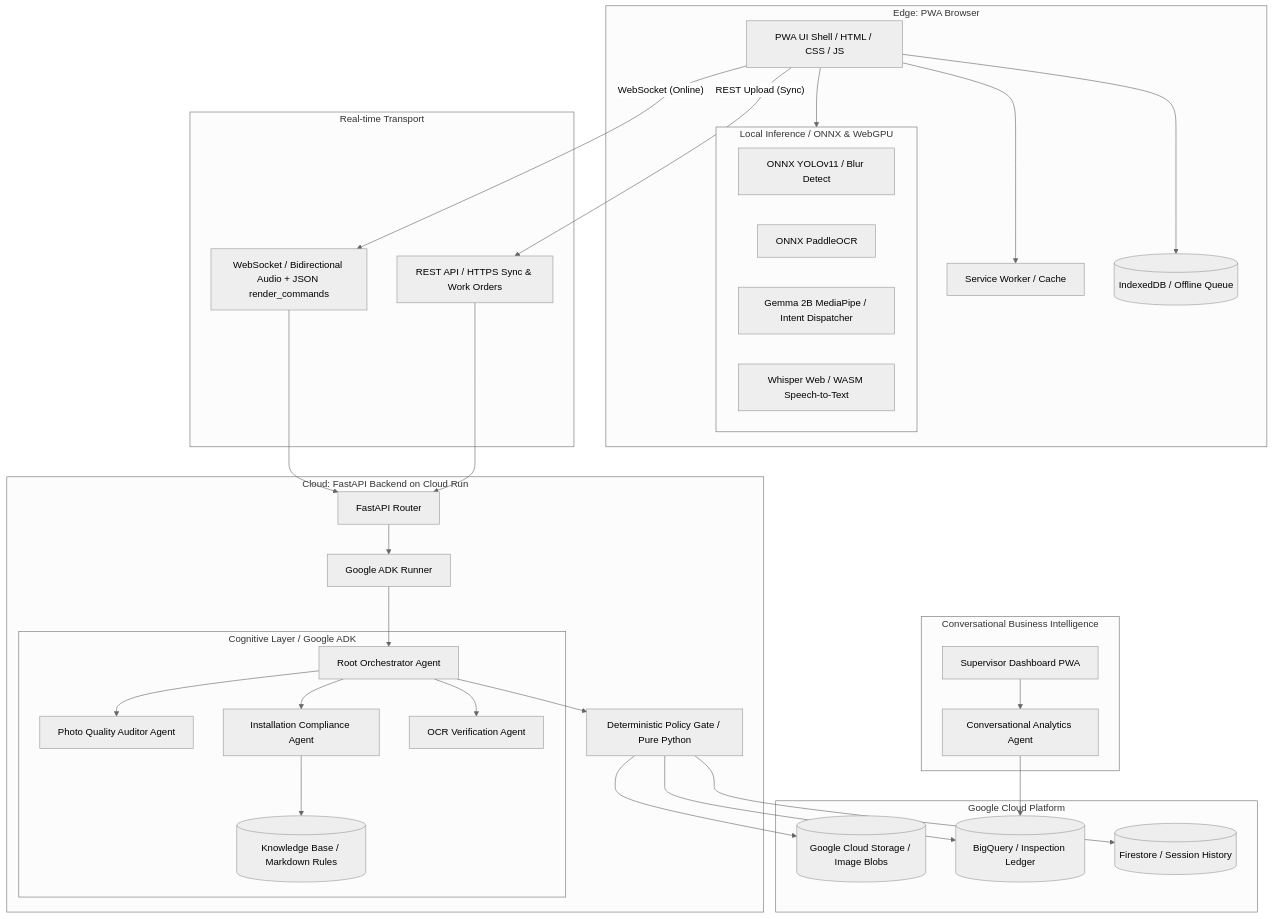
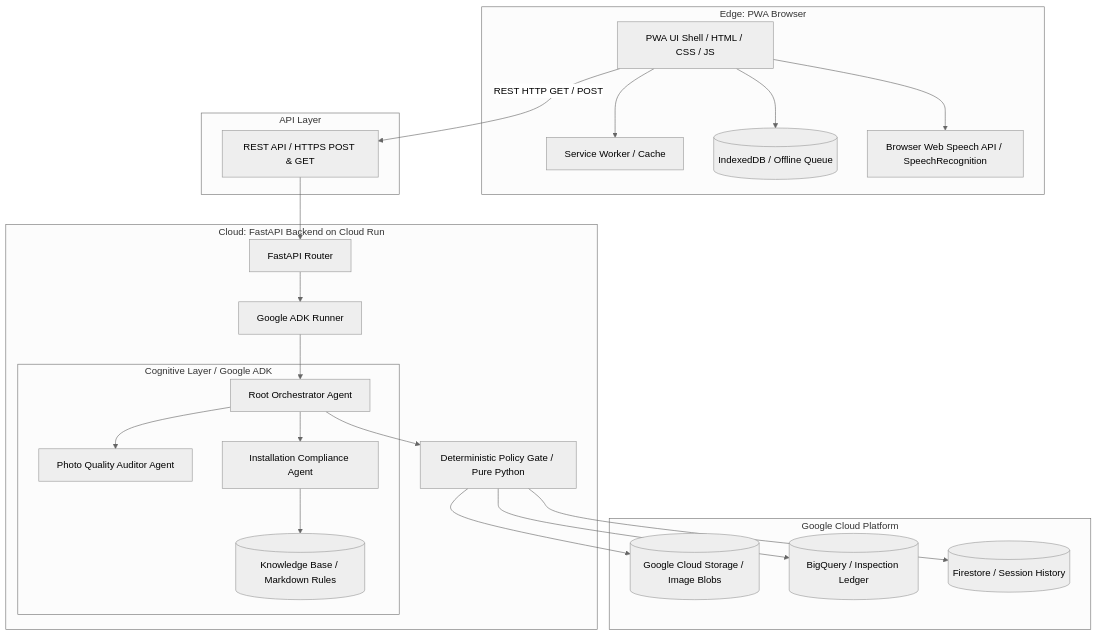
One commit to adurancastillo96/FieldOps changed the diagram in spec/ARCHITECTURE.md. Above: the diagram before and after it, drawn with Mermaid (neutral theme). The commit also changed other lines of this file and 17 other files, not shown here.

````diff
--- a/spec/ARCHITECTURE.md
+++ b/spec/ARCHITECTURE.md
@@ -8,76 +8,55 @@
 ```mermaid
 graph TD
     subgraph Client [Edge: PWA Browser]
         UI[PWA UI Shell / HTML / CSS / JS]
         SW[Service Worker / Cache]
         DB[(IndexedDB / Offline Queue)]
-        
-        subgraph LocalAI [Local Inference / ONNX & WebGPU]
-            YOLO[ONNX YOLOv11 / Blur Detect]
-            OCR[ONNX PaddleOCR]
-            GW[Gemma 2B MediaPipe / Intent Dispatcher]
-            WW[Whisper Web / WASM Speech-to-Text]
-        end
+        Dict[Browser Web Speech API / SpeechRecognition]
     end
 
-    subgraph Transport [Real-time Transport]
-        WS[WebSocket / Bidirectional Audio + JSON render_commands]
-        REST[REST API / HTTPS Sync & Work Orders]
+    subgraph Transport [API Layer]
+        REST[REST API / HTTPS POST & GET]
     end
 
     subgraph Backend [Cloud: FastAPI Backend on Cloud Run]
         FA[FastAPI Router]
         ADK[Google ADK Runner]
         
         subgraph Cognitive [Cognitive Layer / Google ADK]
             Orch[Root Orchestrator Agent]
             QualAgent[Photo Quality Auditor Agent]
             CompAgent[Installation Compliance Agent]
-            OcrAgent[OCR Verification Agent]
             
             KB[(Knowledge Base / Markdown Rules)]
         end
         
         Gate[Deterministic Policy Gate / Pure Python]
     end
 
     subgraph Persistence [Google Cloud Platform]
         GCS[(Google Cloud Storage / Image Blobs)]
         BQ[(BigQuery / Inspection Ledger)]
         FS[(Firestore / Session History)]
     end
-    
-    subgraph Analytics [Conversational Business Intelligence]
-        AnaAgent[Conversational Analytics Agent]
-        SupView[Supervisor Dashboard PWA]
-    end
 
     %% Client Interactions
     UI --> SW
     UI --> DB
-    UI --> LocalAI
+    UI --> Dict
     
     %% Connections
-    UI -- "WebSocket (Online)" --> WS
-    UI -- "REST Upload (Sync)" --> REST
-    
-    WS --> FA
+    UI -- "REST HTTP GET / POST" --> REST
     REST --> FA
     
     %% Backend Flows
     FA --> ADK
     ADK --> Orch
     Orch --> QualAgent
     Orch --> CompAgent
-    Orch --> OcrAgent
     CompAgent --> KB
     
     Orch --> Gate
     Gate --> GCS
     Gate --> BQ
     Gate --> FS
-    
-    %% Analytics Flow
-    SupView --> AnaAgent
-    AnaAgent --> BQ
 ```
````
